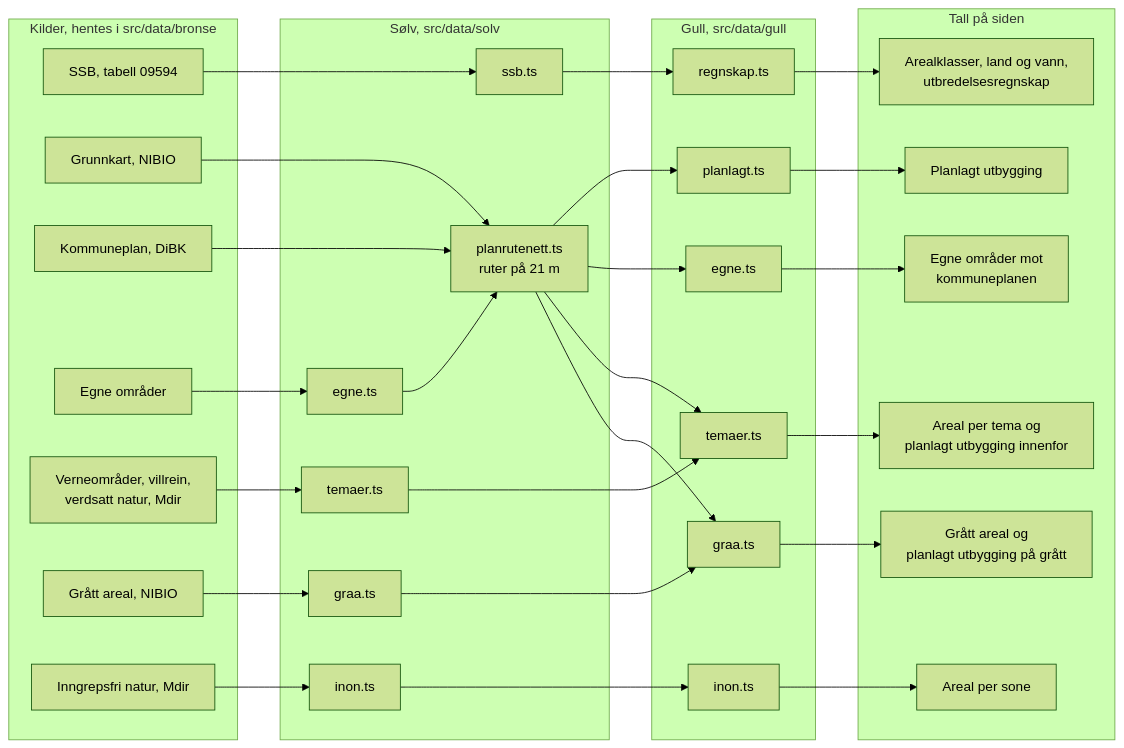
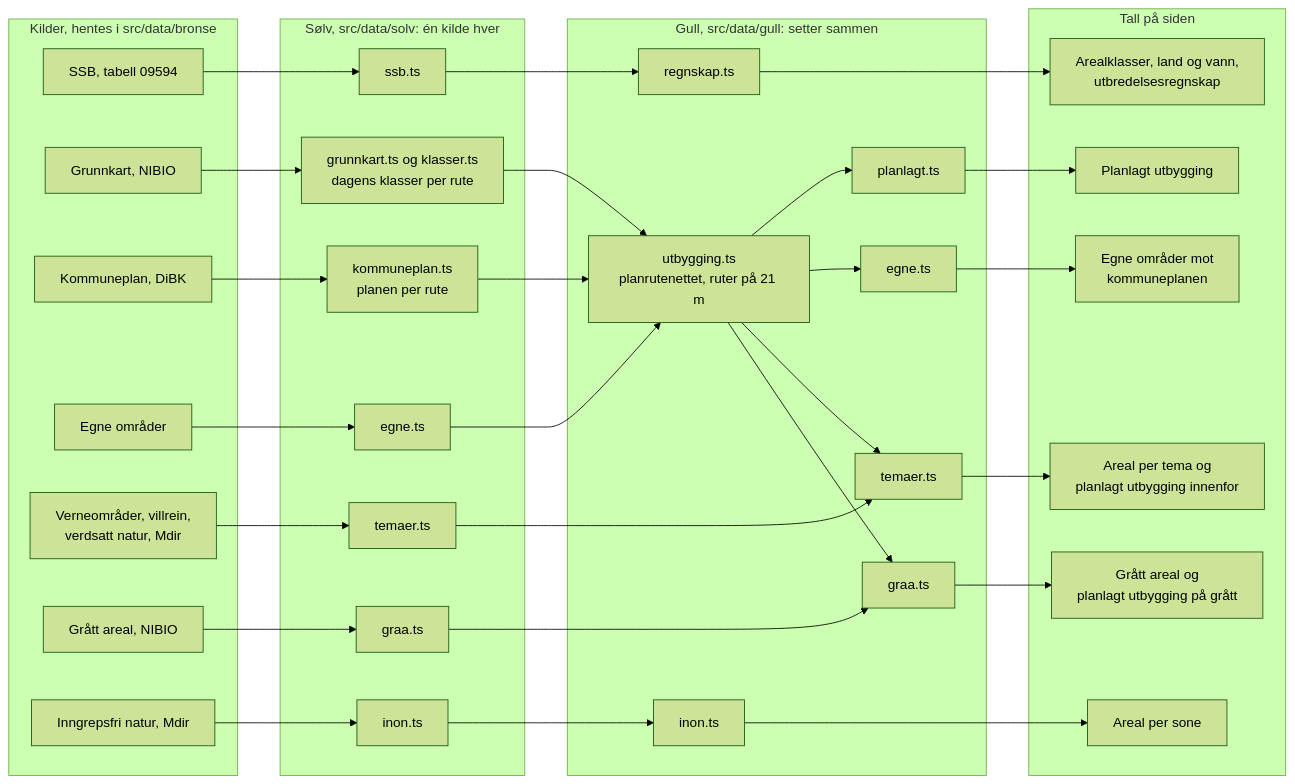
Before and after one commit to eirikvk/Publicdemorepo: the diagram in METODE.md, drawn with Mermaid (forest theme). The commit also changed other lines of this file and 33 other files, not shown here.

First line of the commit message:
Utbyggingen i gull: sølv er én kilde, gull setter sammen

````diff
--- a/METODE.md
+++ b/METODE.md
@@ -27,47 +27,49 @@
 ```mermaid
 flowchart LR
   subgraph Kilder["Kilder, hentes i src/data/bronse"]
     SSB["SSB, tabell 09594"]
     NIBIO["Grunnkart, NIBIO"]
     DiBK["Kommuneplan, DiBK"]
     Bruker["Egne områder"]
     Mdir["Verneområder, villrein,<br/>verdsatt natur, Mdir"]
     GRAA["Grått areal, NIBIO"]
     INON["Inngrepsfri natur, Mdir"]
   end
-  subgraph Solv["Sølv, src/data/solv"]
+  subgraph Solv["Sølv, src/data/solv: én kilde hver"]
     sssb["ssb.ts"]
+    sgrunn["grunnkart.ts og klasser.ts<br/>dagens klasser per rute"]
+    skplan["kommuneplan.ts<br/>planen per rute"]
     segne["egne.ts"]
-    splan["planrutenett.ts<br/>ruter på 21 m"]
     stemaer["temaer.ts"]
     sgraa["graa.ts"]
     sinon["inon.ts"]
   end
-  subgraph Gull["Gull, src/data/gull"]
+  subgraph Gull["Gull, src/data/gull: setter sammen"]
+    gutb["utbygging.ts<br/>planrutenettet, ruter på 21 m"]
     gregnskap["regnskap.ts"]
     gplan["planlagt.ts"]
     gegne["egne.ts"]
     gtemaer["temaer.ts"]
     ggraa["graa.ts"]
     ginon["inon.ts"]
   end
   subgraph Tall["Tall på siden"]
     T1["Arealklasser, land og vann,<br/>utbredelsesregnskap"]
     T2["Planlagt utbygging"]
     T6["Egne områder mot<br/>kommuneplanen"]
     T3["Areal per tema og<br/>planlagt utbygging innenfor"]
     T5["Grått areal og<br/>planlagt utbygging på grått"]
     T4["Areal per sone"]
   end
   SSB --> sssb --> gregnskap --> T1
-  NIBIO --> splan
-  DiBK --> splan
-  Bruker --> segne --> splan
-  splan --> gplan --> T2
-  splan --> gegne --> T6
+  NIBIO --> sgrunn --> gutb
+  DiBK --> skplan --> gutb
+  Bruker --> segne --> gutb
+  gutb --> gplan --> T2
+  gutb --> gegne --> T6
   Mdir --> stemaer --> gtemaer --> T3
-  splan --> gtemaer
+  gutb --> gtemaer
   GRAA --> sgraa --> ggraa --> T5
-  splan --> ggraa
+  gutb --> ggraa
   INON --> sinon --> ginon --> T4
 ```
````
